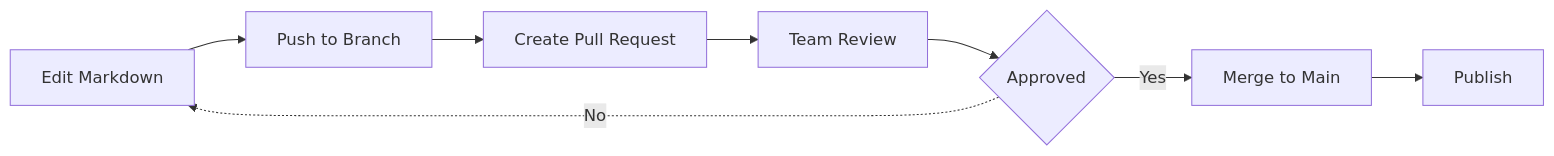
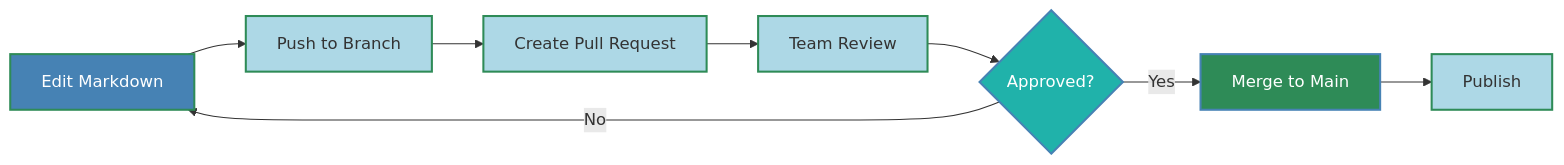
Before and after one commit to buckeye43210/markdown-to-snowkb: the third of 4 diagrams in README.md, drawn with Mermaid. The commit also changed other lines of this file and 1 other file, not shown here.

````diff
--- a/README.md
+++ b/README.md
@@ -108,10 +119,17 @@
 ```mermaid
 graph LR
     A[Edit Markdown] --> B[Push to Branch]
-    B -->      C[Create Pull Request]
-    C -->      D[Team Review]
-    D -->      E{Approved}
+    B --> C[Create Pull Request]
+    C --> D[Team Review]
+    D --> E{Approved?}
     E -->|Yes| F[Merge to Main]
-    E -.->|No| A
-    F -->      G[Publish]
+    E -->|No| A
+    F --> G[Publish]
+    style A fill:#4682B4,stroke:#2E8B57,stroke-width:2px,color:#FFFFFF
+    style B fill:#ADD8E6,stroke:#2E8B57,stroke-width:2px
+    style C fill:#ADD8E6,stroke:#2E8B57,stroke-width:2px
+    style D fill:#ADD8E6,stroke:#2E8B57,stroke-width:2px
+    style E fill:#20B2AA,stroke:#4682B4,stroke-width:2px,color:#FFFFFF
+    style F fill:#2E8B57,stroke:#4682B4,stroke-width:2px,color:#FFFFFF
+    style G fill:#ADD8E6,stroke:#2E8B57,stroke-width:2px
 ```
````
